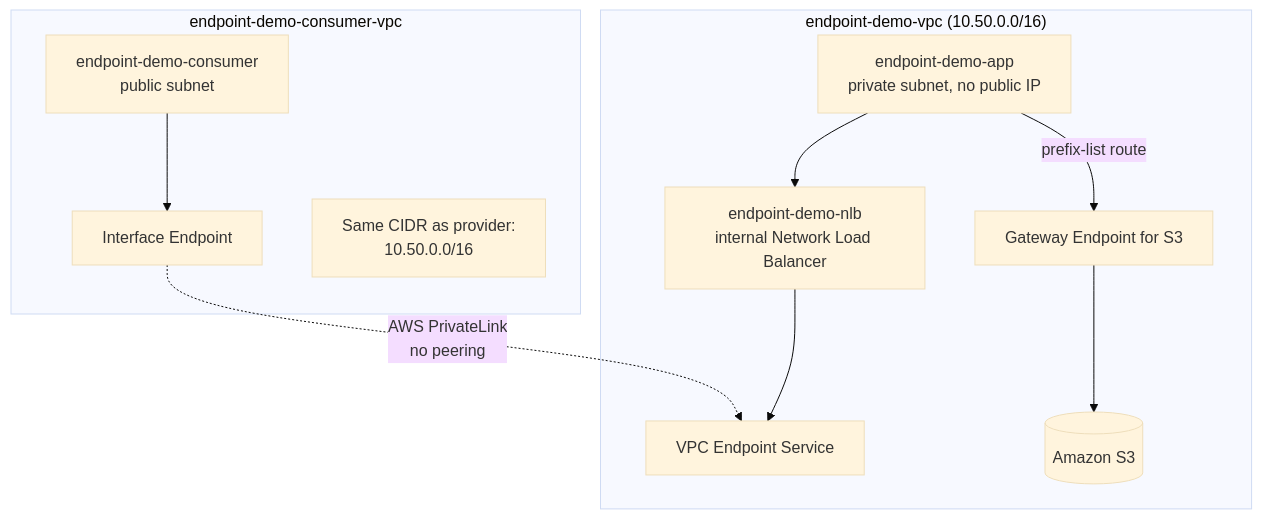
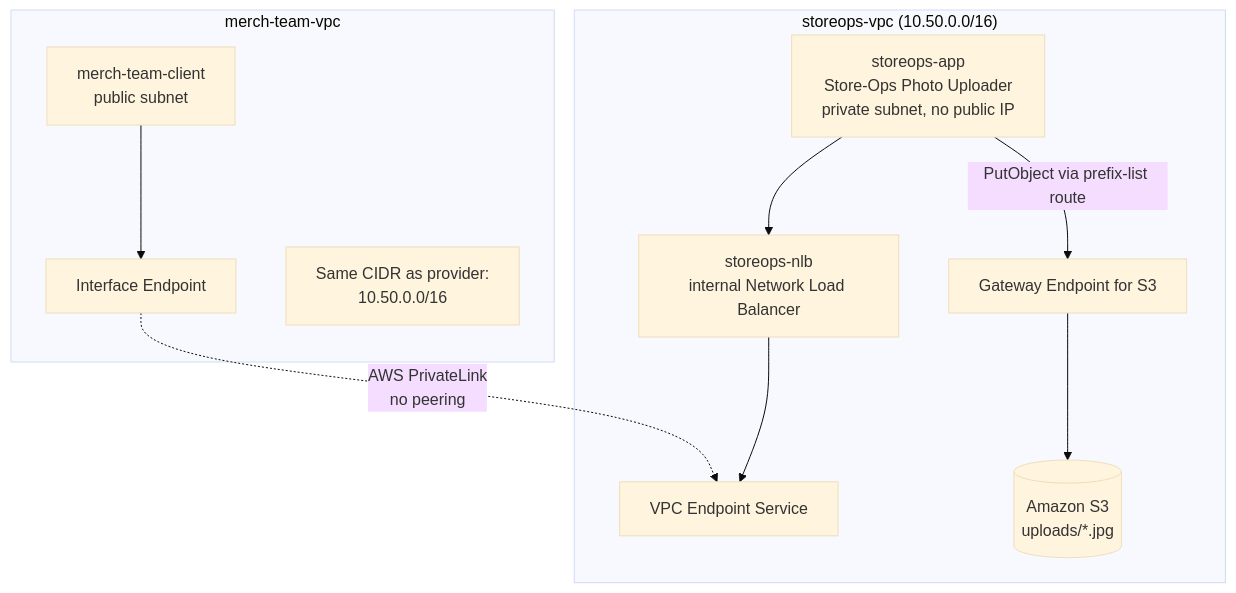
Before and after one commit to msdeepak052/AWS_Imp_Concepts: the diagram in VPC/18.01-VPC-Endpoint-and-PrivateLink-HandsOn.md, drawn with Mermaid (base theme). The commit also changed other lines of this file and 4 other files, not shown here.

Commit message:
VPC Endpoint and PrivateLink handson added

````diff
--- a/VPC/18.01-VPC-Endpoint-and-PrivateLink-HandsOn.md
+++ b/VPC/18.01-VPC-Endpoint-and-PrivateLink-HandsOn.md
@@ -9,21 +28,21 @@
 ```mermaid
 flowchart TB
-    subgraph PROVIDER["endpoint-demo-vpc (10.50.0.0/16)"]
-        APP["endpoint-demo-app<br/>private subnet, no public IP"]
-        NLB["endpoint-demo-nlb<br/>internal Network Load Balancer"]
+    subgraph PROVIDER["storeops-vpc (10.50.0.0/16)"]
+        APP["storeops-app<br/>Store-Ops Photo Uploader<br/>private subnet, no public IP"]
+        NLB["storeops-nlb<br/>internal Network Load Balancer"]
         SVC["VPC Endpoint Service"]
         S3GW["Gateway Endpoint for S3"]
-        S3[("Amazon S3")]
+        S3[("Amazon S3<br/>uploads/*.jpg")]
         APP --> NLB --> SVC
-        APP -->|"prefix-list route"| S3GW --> S3
+        APP -->|"PutObject via prefix-list route"| S3GW --> S3
     end
 
-    subgraph CONSUMER["endpoint-demo-consumer-vpc"]
-        CONS["endpoint-demo-consumer<br/>public subnet"]
+    subgraph CONSUMER["merch-team-vpc"]
+        CONS["merch-team-client<br/>public subnet"]
         IFE["Interface Endpoint"]
         CIDR["Same CIDR as provider:<br/>10.50.0.0/16"]
         CONS --> IFE
     end
 
     IFE -.->|"AWS PrivateLink<br/>no peering"| SVC
 ```
````
